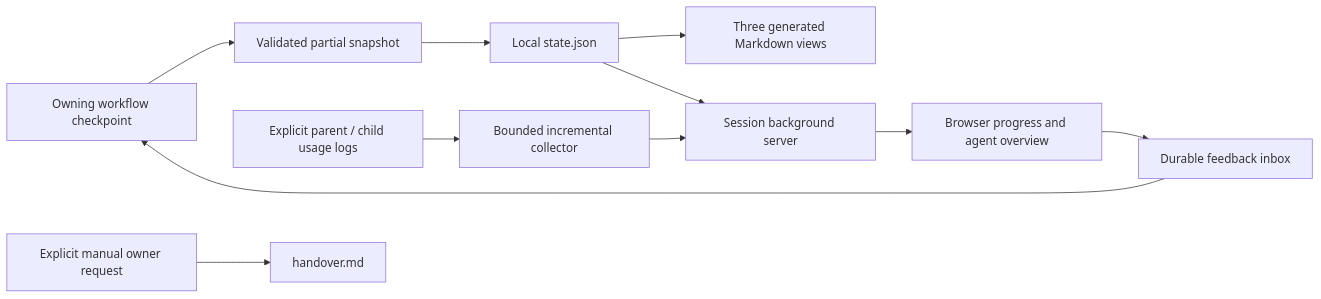
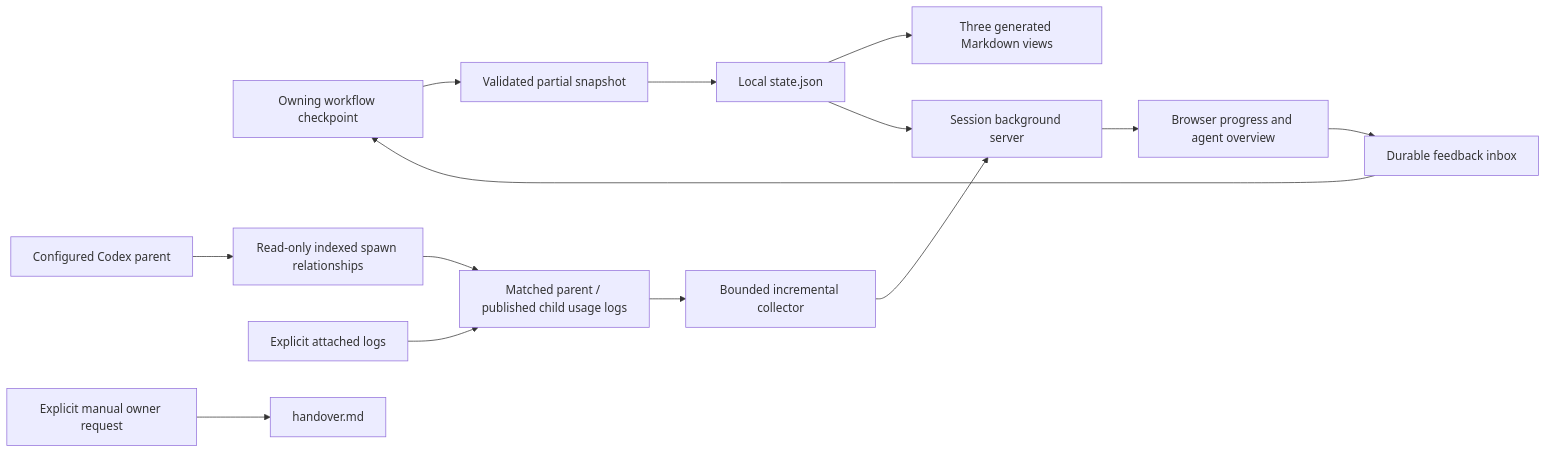
One commit to Tzeusy/ai-bootstrap changed the diagram in openspec/changes/add-progress-dashboard/design.md. Above: the diagram before and after it, drawn with Mermaid. The commit also changed other lines of this file and 14 other files, not shown here.

````diff
--- a/openspec/changes/add-progress-dashboard/design.md
+++ b/openspec/changes/add-progress-dashboard/design.md
@@ -7,13 +7,16 @@
 ```mermaid
 flowchart LR
     W[Owning workflow checkpoint] --> C[Validated partial snapshot]
     C --> J[Local state.json]
     J --> M[Three generated Markdown views]
     J --> S[Session background server]
-    T[Explicit parent / child usage logs] --> I[Bounded incremental collector]
+    R[Configured Codex parent] --> X[Read-only indexed spawn relationships]
+    X --> T[Matched parent / published child usage logs]
+    E[Explicit attached logs] --> T
+    T --> I[Bounded incremental collector]
     I --> S
     S --> B[Browser progress and agent overview]
     B --> F[Durable feedback inbox]
     F --> W
     O[Explicit manual owner request] --> H[handover.md]
 ```
````
